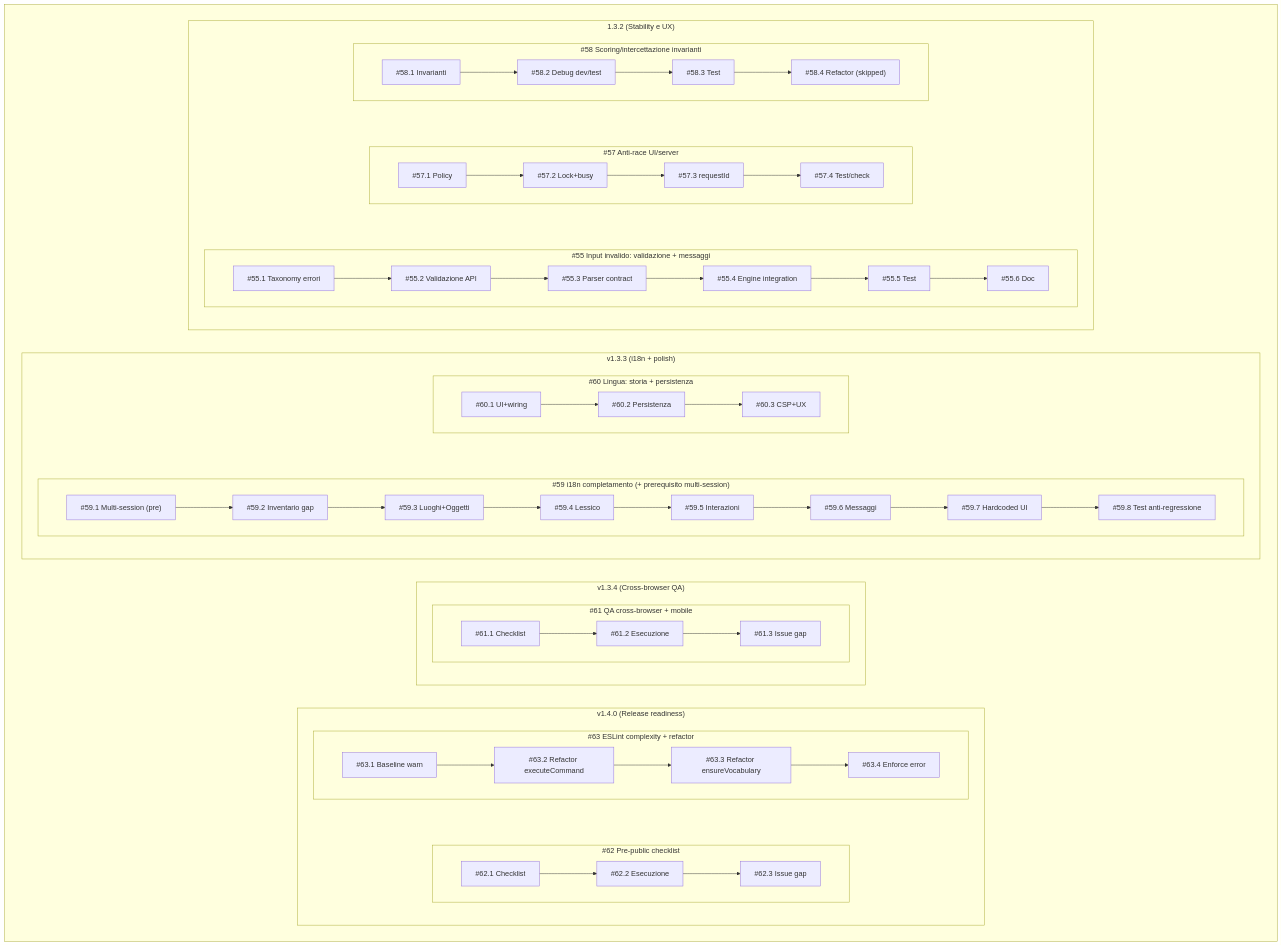
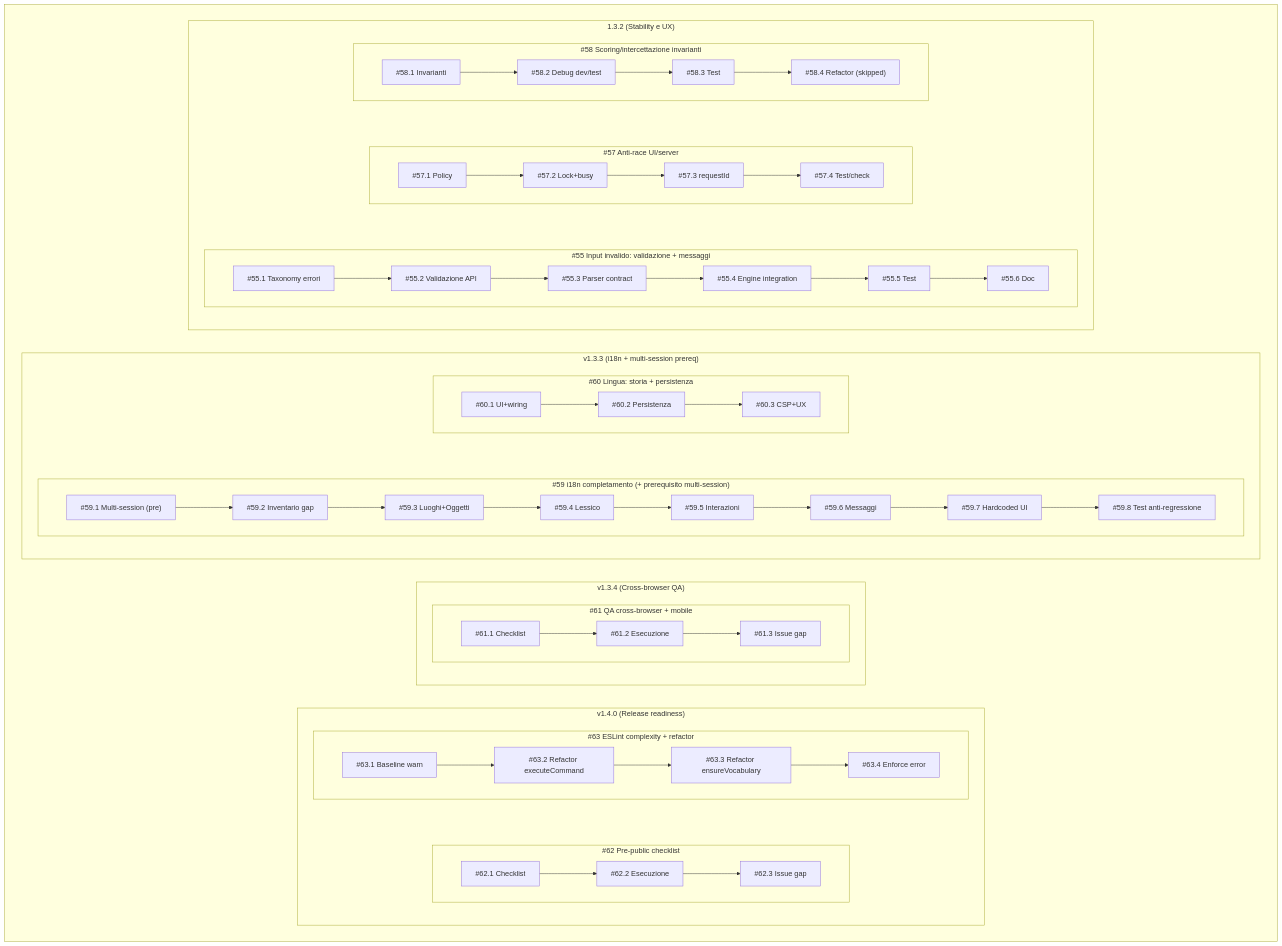
The second of 2 diagrams in docs/20260113_nextsteps.md (Aqualung61/MissioneOdessa), drawn with Mermaid before and after one commit. The commit also changed other lines of this file and 11 other files, not shown here.

````diff
--- a/docs/20260113_nextsteps.md
+++ b/docs/20260113_nextsteps.md
@@ -105,68 +106,68 @@
 ```mermaid
 flowchart TB
 
   %% Nota: rappresentazione “sequenziale” degli sprint previsti per issue.
   %% Ogni catena indica l’ordine consigliato di esecuzione interno all’issue.
 
   %% Layout richiesto:
   %% - milestone allineate in alto, ordinate da sinistra a destra (decrescente)
   %% - dentro ogni milestone: issues dall’alto al basso (decrescente)
 
   subgraph PLAN[" "]
     direction LR
 
     subgraph M140S["v1.4.0 (Release readiness)"]
       direction TB
       subgraph I63S["#63 ESLint complexity + refactor"]
         direction LR
         S631["#63.1 Baseline warn"] --> S632["#63.2 Refactor executeCommand"] --> S633["#63.3 Refactor ensureVocabulary"] --> S634["#63.4 Enforce error"]
       end
       subgraph I62S["#62 Pre-public checklist"]
         direction LR
         S621["#62.1 Checklist"] --> S622["#62.2 Esecuzione"] --> S623["#62.3 Issue gap"]
       end
       %% Forza ordine verticale issue: 63 -> 62
       S631 ~~~ S621
     end
 
     subgraph M134S["v1.3.4 (Cross-browser QA)"]
       direction TB
       subgraph I61S["#61 QA cross-browser + mobile"]
         direction LR
         S611["#61.1 Checklist"] --> S612["#61.2 Esecuzione"] --> S613["#61.3 Issue gap"]
       end
     end
 
-    subgraph M133S["v1.3.3 (i18n + polish)"]
+    subgraph M133S["v1.3.3 (i18n + multi-session prereq)"]
       direction TB
       subgraph I60S["#60 Lingua: storia + persistenza"]
         direction LR
         S601["#60.1 UI+wiring"] --> S602["#60.2 Persistenza"] --> S603["#60.3 CSP+UX"]
       end
       subgraph I59S["#59 i18n completamento (+ prerequisito multi-session)"]
         direction LR
         S591["#59.1 Multi-session (pre)"] --> S592["#59.2 Inventario gap"] --> S593["#59.3 Luoghi+Oggetti"] --> S594["#59.4 Lessico"] --> S595["#59.5 Interazioni"] --> S596["#59.6 Messaggi"] --> S597["#59.7 Hardcoded UI"] --> S598["#59.8 Test anti-regressione"]
       end
       %% Forza ordine verticale issue: 60 -> 59
       S601 ~~~ S591
     end
 
     subgraph M132S["1.3.2 (Stability e UX)"]
       direction TB
       subgraph I58S["#58 Scoring/intercettazione invarianti"]
         direction LR
         S581["#58.1 Invarianti"] --> S582["#58.2 Debug dev/test"] --> S583["#58.3 Test"] --> S584["#58.4 Refactor (skipped)"]
       end
       subgraph I57S["#57 Anti-race UI/server"]
         direction LR
         S571["#57.1 Policy"] --> S572["#57.2 Lock+busy"] --> S573["#57.3 requestId"] --> S574["#57.4 Test/check"]
       end
       subgraph I55S["#55 Input invalido: validazione + messaggi"]
         direction LR
         S551["#55.1 Taxonomy errori"] --> S552["#55.2 Validazione API"] --> S553["#55.3 Parser contract"] --> S554["#55.4 Engine integration"] --> S555["#55.5 Test"] --> S556["#55.6 Doc"]
       end
       %% Forza ordine verticale issue: 58 -> 57 -> 55
       S581 ~~~ S571 ~~~ S551
     end
   end
 ```
````
